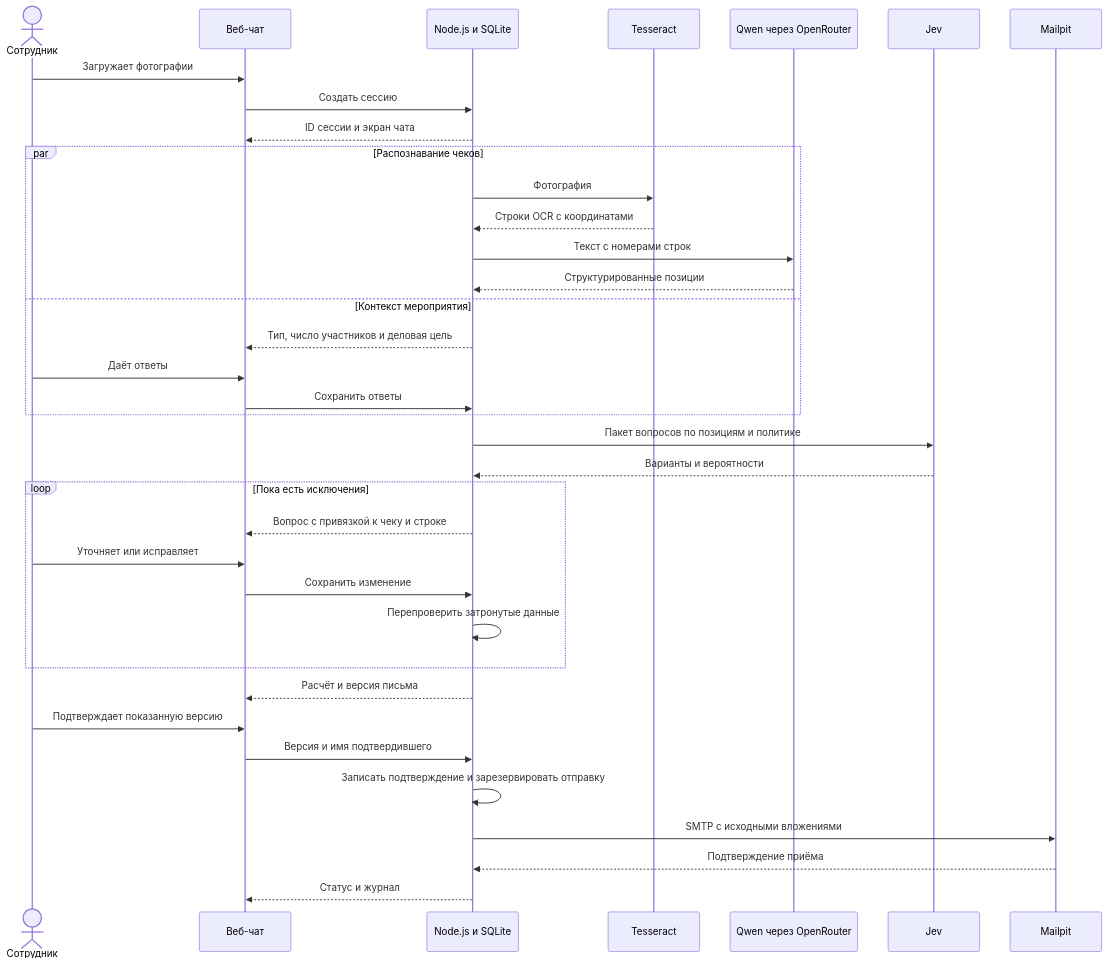
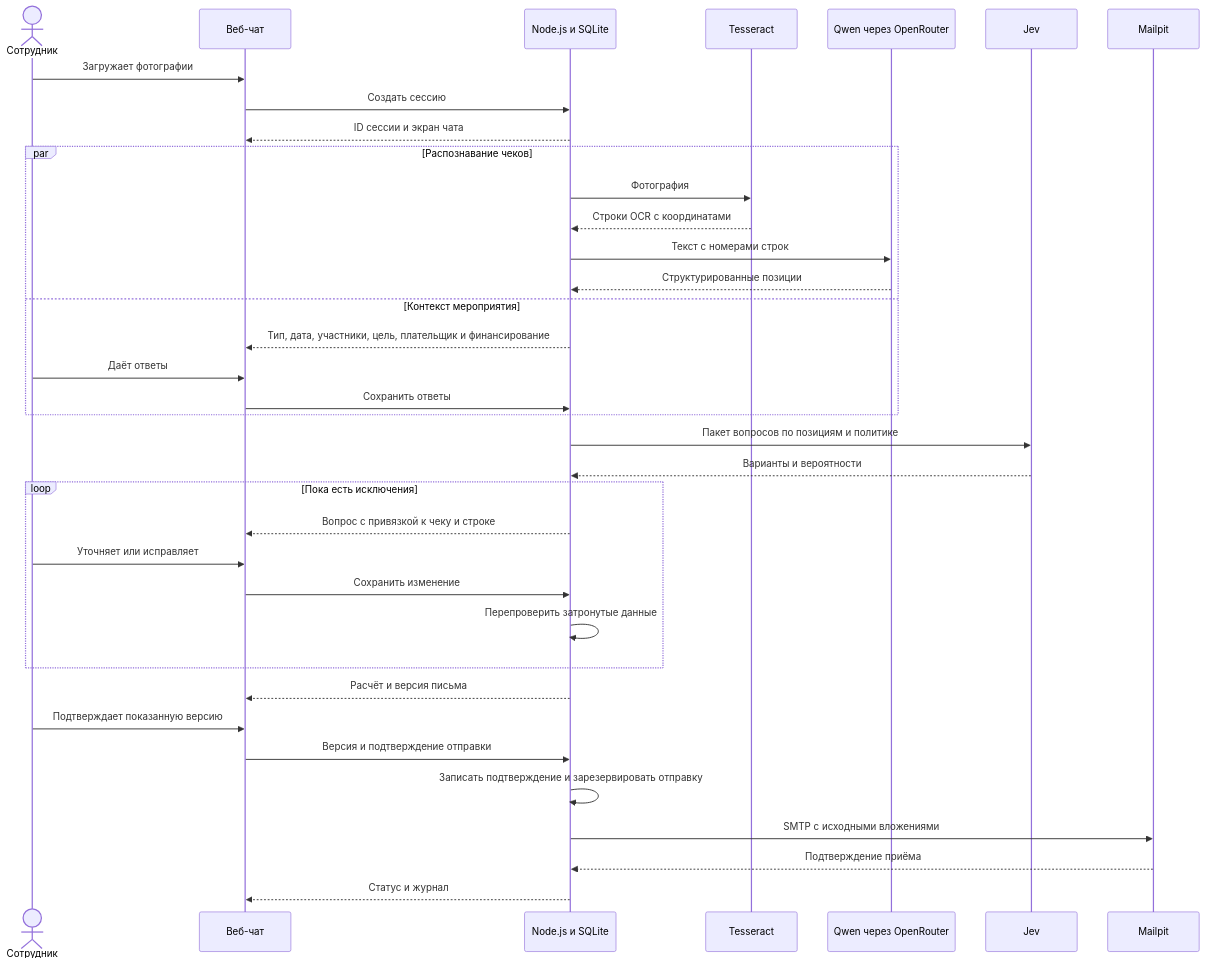
The diagram in TECH_SPEC.md (spexus-ai/devfest-hack), drawn with Mermaid before and after one commit. The commit also changed other lines of this file and 4 other files, not shown here.

````diff
--- a/TECH_SPEC.md
+++ b/TECH_SPEC.md
@@ -66,38 +67,38 @@
 ```mermaid
 sequenceDiagram
     actor U as Сотрудник
     participant W as Веб-чат
     participant S as Node.js и SQLite
     participant O as Tesseract
     participant Q as Qwen через OpenRouter
     participant J as Jev
     participant M as Mailpit
     U->>W: Загружает фотографии
     W->>S: Создать сессию
     S-->>W: ID сессии и экран чата
     par Распознавание чеков
         S->>O: Фотография
         O-->>S: Строки OCR с координатами
         S->>Q: Текст с номерами строк
         Q-->>S: Структурированные позиции
     and Контекст мероприятия
-        S-->>W: Тип, число участников и деловая цель
+        S-->>W: Тип, дата, участники, цель, плательщик и финансирование
         U->>W: Даёт ответы
         W->>S: Сохранить ответы
     end
     S->>J: Пакет вопросов по позициям и политике
     J-->>S: Варианты и вероятности
     loop Пока есть исключения
         S-->>W: Вопрос с привязкой к чеку и строке
         U->>W: Уточняет или исправляет
         W->>S: Сохранить изменение
         S->>S: Перепроверить затронутые данные
     end
     S-->>W: Расчёт и версия письма
     U->>W: Подтверждает показанную версию
-    W->>S: Версия и имя подтвердившего
+    W->>S: Версия и подтверждение отправки
     S->>S: Записать подтверждение и зарезервировать отправку
     S->>M: SMTP с исходными вложениями
     M-->>S: Подтверждение приёма
     S-->>W: Статус и журнал
 ```
````
